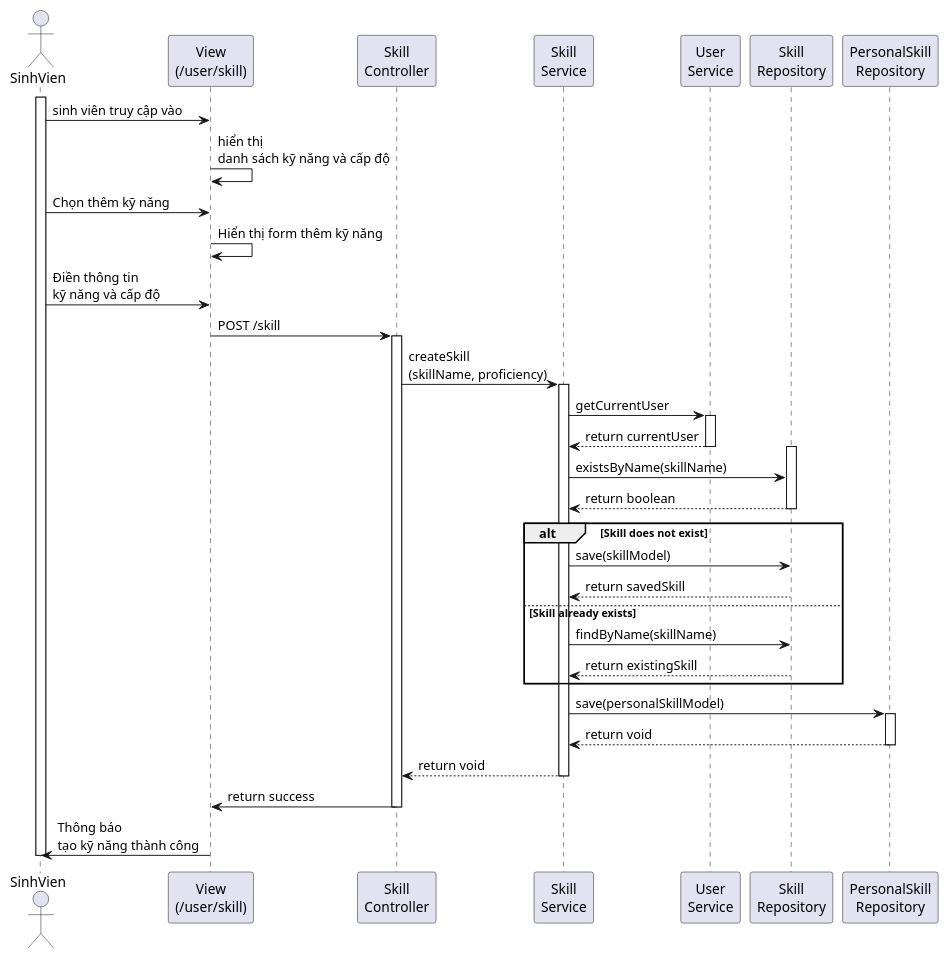
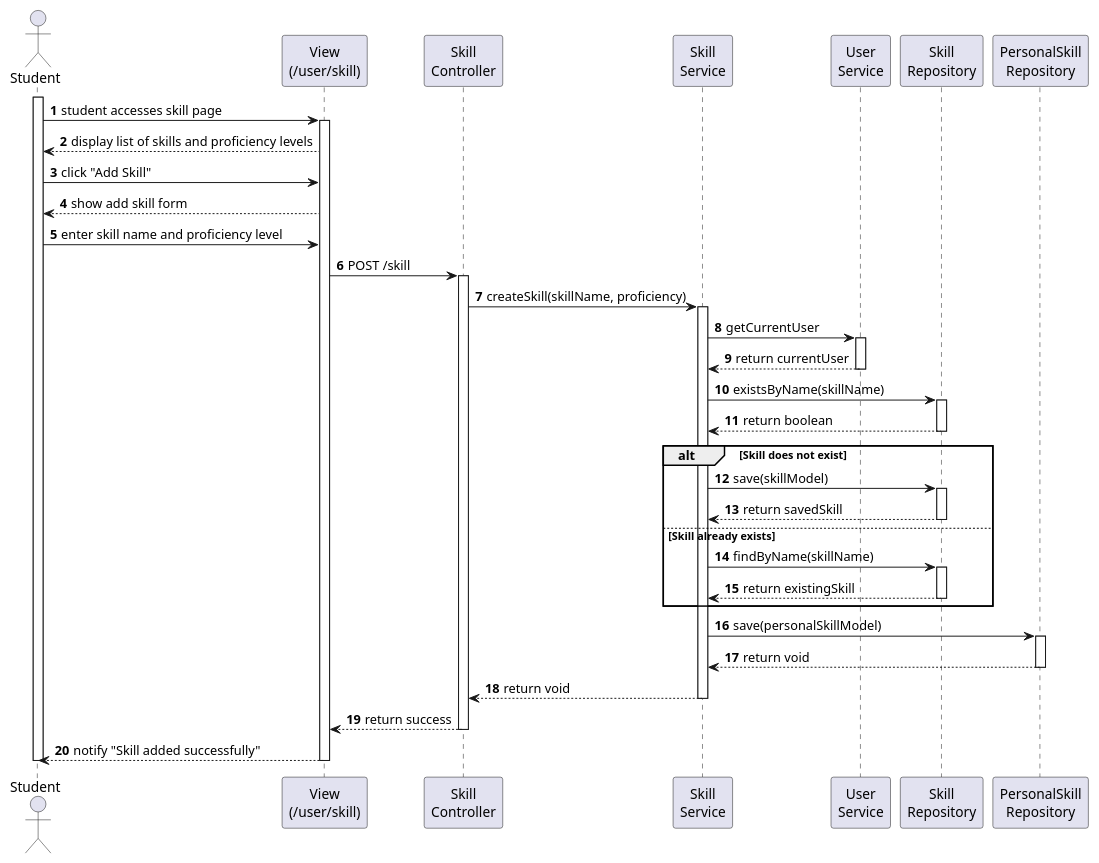
Before and after one commit to tandang2003/KLTN-Agile-Scrum-Tuan-Duc: the diagram in swagger/sequence/student/info_update_skill.puml, drawn with PlantUML. The commit also changed 45 other files, not shown here.

Commit message:
feat: update sequence

```diff
--- a/swagger/sequence/student/info_update_skill.puml
+++ b/swagger/sequence/student/info_update_skill.puml
@@ -1,60 +1,64 @@
 @startuml
+autonumber
 
-actor SinhVien as SV
+actor Student as SV
 
 participant "View\n(/user/skill)" as View
 participant "Skill\nController" as Controller
 participant "Skill\nService" as SkillService
 participant "User\nService" as UserService
 participant "Skill\nRepository" as SkillRepository
 participant "PersonalSkill\nRepository" as PKR
 
 activate SV
-SV -> View : sinh viên truy cập vào
-View -> View : hiển thị\ndanh sách kỹ năng và cấp độ
-SV -> View : Chọn thêm kỹ năng
-View -> View : Hiển thị form thêm kỹ năng
-SV -> View : Điền thông tin \nkỹ năng và cấp độ
+SV -> View : student accesses skill page
+activate View
+View --> SV : display list of skills and proficiency levels
+
+SV -> View : click "Add Skill"
+View --> SV : show add skill form
+SV -> View : enter skill name and proficiency level
 
 View -> Controller : POST /skill
 activate Controller
 
-Controller -> SkillService : createSkill\n(skillName, proficiency)
+Controller -> SkillService : createSkill(skillName, proficiency)
 activate SkillService
 
 SkillService -> UserService : getCurrentUser
 activate UserService
 UserService --> SkillService : return currentUser
 deactivate UserService
 
+SkillService -> SkillRepository : existsByName(skillName)
 activate SkillRepository
-SkillService -> SkillRepository : existsByName(skillName)
 SkillRepository --> SkillService : return boolean
 deactivate SkillRepository
 
-
 alt Skill does not exist
     SkillService -> SkillRepository : save(skillModel)
+    activate SkillRepository
     SkillRepository --> SkillService : return savedSkill
-
+    deactivate SkillRepository
 else Skill already exists
     SkillService -> SkillRepository : findByName(skillName)
+    activate SkillRepository
     SkillRepository --> SkillService : return existingSkill
+    deactivate SkillRepository
 end
 
 SkillService -> PKR : save(personalSkillModel)
 activate PKR
 PKR --> SkillService : return void
 deactivate PKR
 
 SkillService --> Controller : return void
 deactivate SkillService
 
-Controller -> View: return success
+Controller --> View : return success
 deactivate Controller
 
-View -> SV : Thông báo\ntạo kỹ năng thành công
-
+View --> SV : notify "Skill added successfully"
+deactivate View
 deactivate SV
-
 @enduml
```
